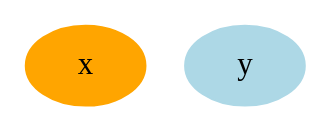
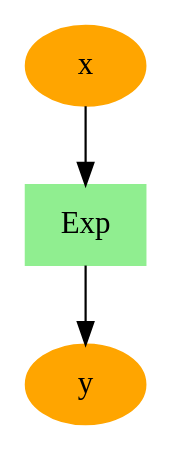
One commit to SauthO/shuzPy changed the diagram in sample.dot. Above: the diagram before and after it, drawn with Graphviz. The commit also changed 8 other files, not shown here.

```diff
--- a/sample.dot
+++ b/sample.dot
@@ -1,4 +1,7 @@
 digraph g{
 1 [label="x", color=orange, style=filled]
-2 [label="y", color=lightblue, style=filled]
+2 [label="y", color=orange, style=filled]
+3 [label="Exp", color=lightgreen, style=filled, shape=box]
+1->3
+3->2
 }
```
